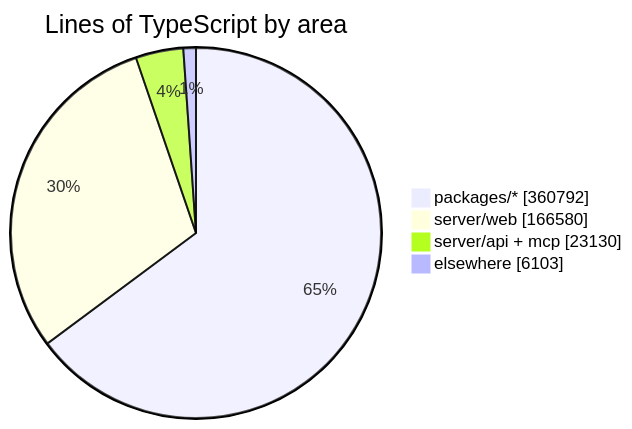
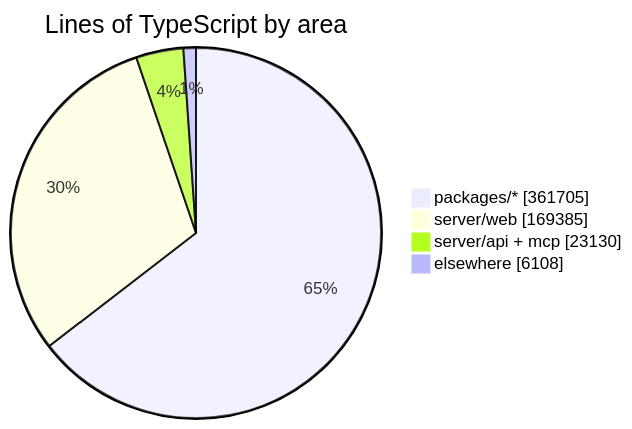
The diagram in README.md (crossworks-engineering/mantle), drawn with Mermaid before and after one commit. The commit also changed other lines of this file and 2 other files, not shown here.

````diff
--- a/README.md
+++ b/README.md
@@ -294,7 +294,7 @@
 ```mermaid
 pie showData title Lines of TypeScript by area
-    "packages/*" : 360792
-    "server/web" : 166580
+    "packages/*" : 361705
+    "server/web" : 169385
     "server/api + mcp" : 23130
-    "elsewhere" : 6103
+    "elsewhere" : 6108
 ```
````
